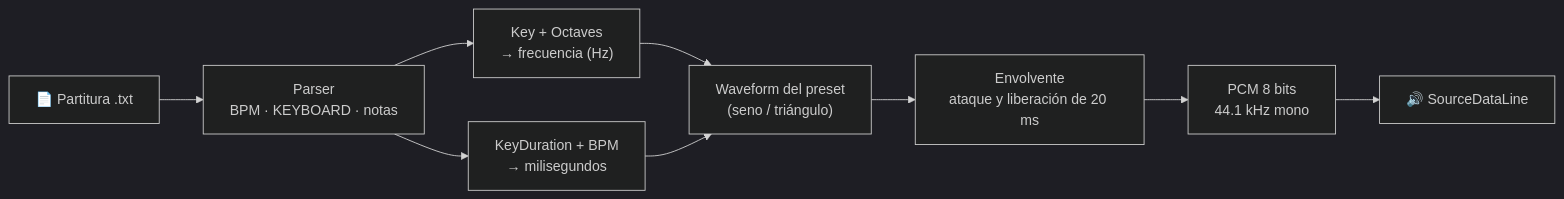
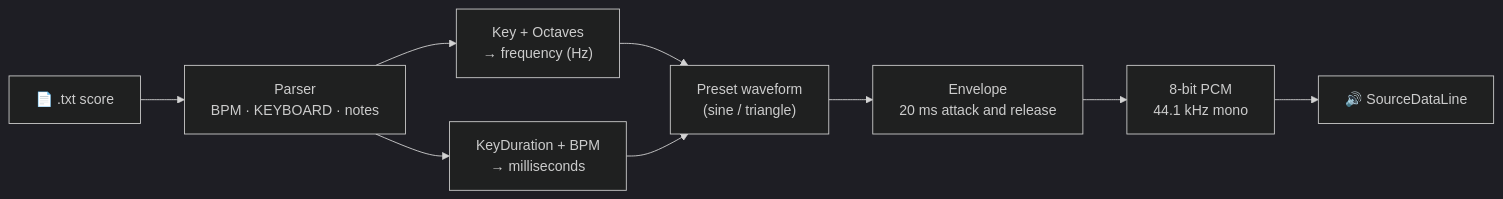
The first of 2 diagrams in README.md (gilbertoanayam17/Sound-Wrapper), drawn with Mermaid (dark theme) before and after one commit. The commit also changed other lines of this file, not shown here.

````diff
--- a/README.md
+++ b/README.md
@@ -179,11 +179,11 @@
 ```mermaid
 flowchart LR
-    A["📄 Partitura .txt"] --> B["Parser<br/>BPM · KEYBOARD · notas"]
-    B --> C["Key + Octaves<br/>→ frecuencia (Hz)"]
-    B --> D["KeyDuration + BPM<br/>→ milisegundos"]
-    C --> E["Waveform del preset<br/>(seno / triángulo)"]
+    A["📄 .txt score"] --> B["Parser<br/>BPM · KEYBOARD · notes"]
+    B --> C["Key + Octaves<br/>→ frequency (Hz)"]
+    B --> D["KeyDuration + BPM<br/>→ milliseconds"]
+    C --> E["Preset waveform<br/>(sine / triangle)"]
     D --> E
-    E --> F["Envolvente<br/>ataque y liberación de 20 ms"]
-    F --> G["PCM 8 bits<br/>44.1 kHz mono"]
+    E --> F["Envelope<br/>20 ms attack and release"]
+    F --> G["8-bit PCM<br/>44.1 kHz mono"]
     G --> H["🔊 SourceDataLine"]
 ```
````
